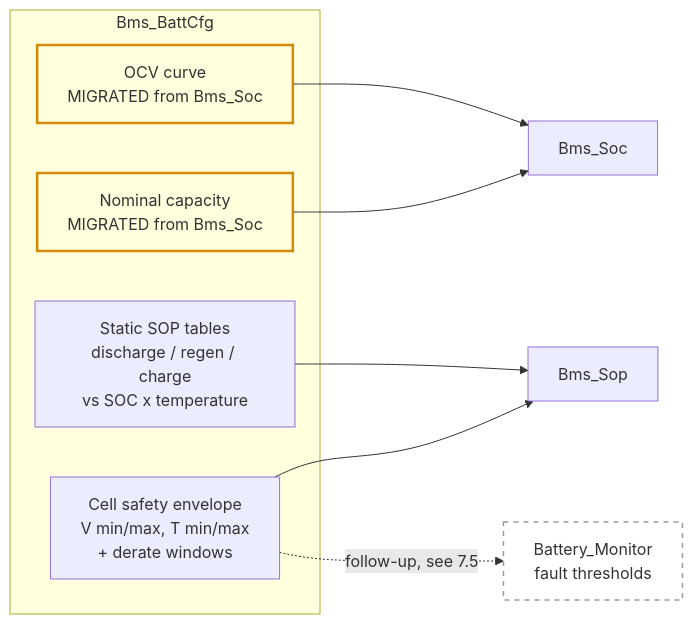
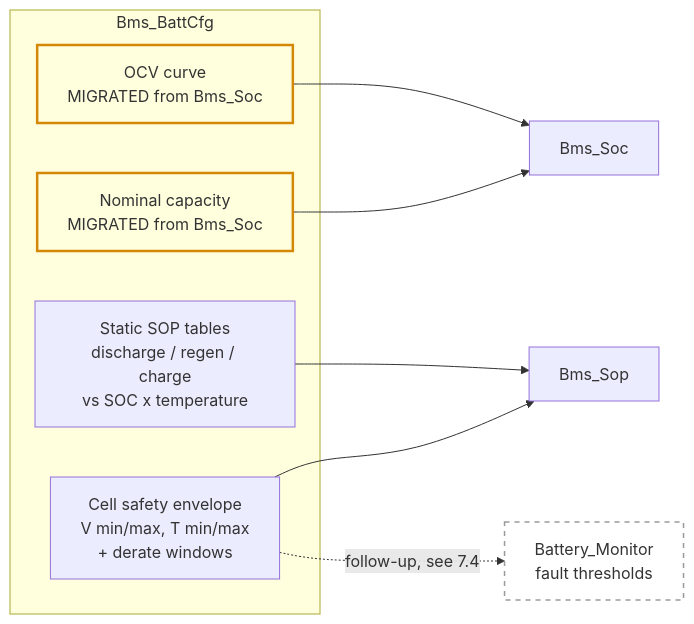
The third of 6 diagrams in src/battery/SOP_DESIGN.md (jsivolt/BMS_demo), drawn with Mermaid before and after one commit. The commit also changed other lines of this file, not shown here.

````diff
--- a/src/battery/SOP_DESIGN.md
+++ b/src/battery/SOP_DESIGN.md
@@ -190,20 +190,20 @@
 ```mermaid
 flowchart LR
     subgraph cfg["Bms_BattCfg"]
         CAP["Nominal capacity<br/>MIGRATED from Bms_Soc"]
         OCV["OCV curve<br/>MIGRATED from Bms_Soc"]
         ENV["Cell safety envelope<br/>V min/max, T min/max<br/>+ derate windows"]
         SOPT["Static SOP tables<br/>discharge / regen / charge<br/>vs SOC x temperature"]
     end
 
     CAP --> SOCM["Bms_Soc"]
     OCV --> SOCM
     ENV --> SOPM["Bms_Sop"]
     SOPT --> SOPM
-    ENV -.->|"follow-up, see 7.5"| BMM["Battery_Monitor<br/>fault thresholds"]
+    ENV -.->|"follow-up, see 7.4"| BMM["Battery_Monitor<br/>fault thresholds"]
 
     classDef migrated fill:transparent,stroke:#d48806,stroke-width:2.5px
     classDef later fill:transparent,stroke:#9a9a9a,stroke-width:1.5px,stroke-dasharray:5
     class CAP,OCV migrated
     class BMM later
 ```
````
